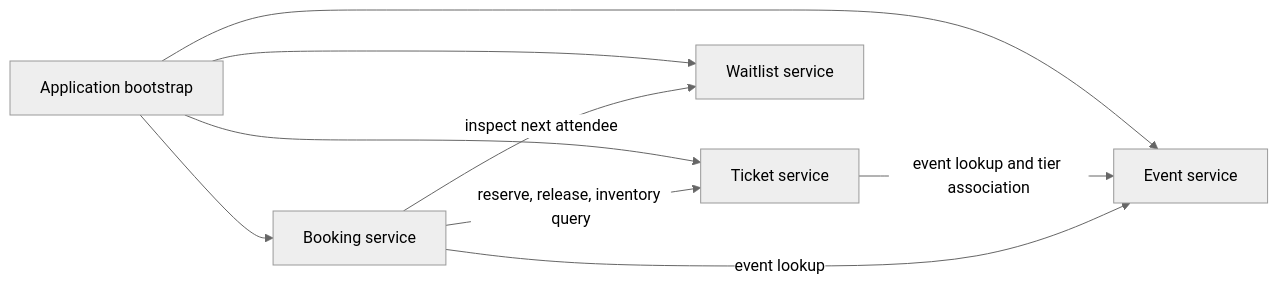
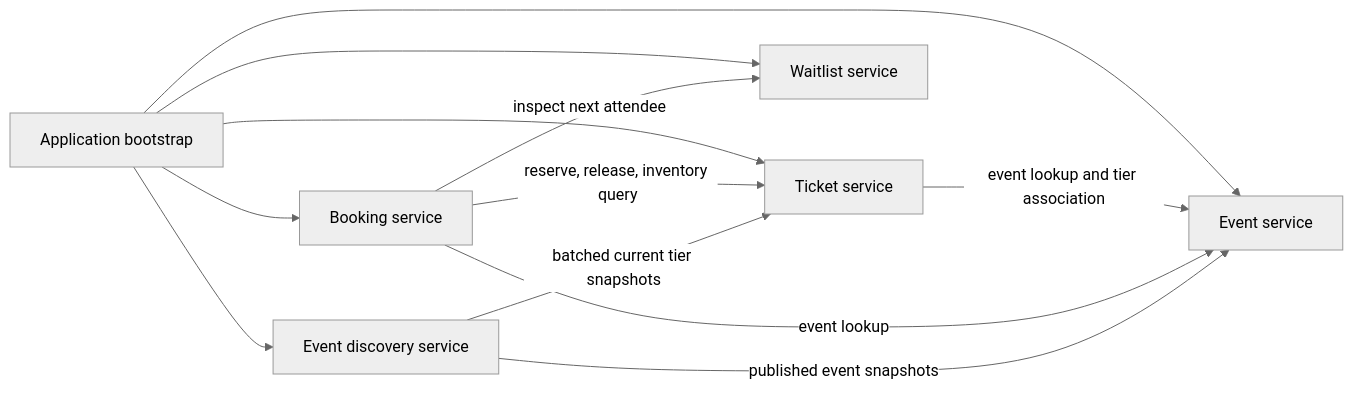
The diagram in docs/architecture.md (samsonjoy025-a11y/event-ticket-booking--das-2026-capstone-project), drawn with Mermaid (neutral theme) before and after one commit. The commit also changed other lines of this file and 27 other files, not shown here.

Commit message:
Build 2: add event discovery and stable sorting

````diff
--- a/docs/architecture.md
+++ b/docs/architecture.md
@@ -5,11 +5,14 @@
 ```mermaid
 flowchart LR
   Bootstrap[Application bootstrap] --> Events[Event service]
   Bootstrap --> Tickets[Ticket service]
   Bootstrap --> Bookings[Booking service]
   Bootstrap --> Waitlists[Waitlist service]
+  Bootstrap --> Discovery[Event discovery service]
   Tickets -->|event lookup and tier association| Events
   Bookings -->|event lookup| Events
   Bookings -->|reserve, release, inventory query| Tickets
   Bookings -->|inspect next attendee| Waitlists
+  Discovery -->|published event snapshots| Events
+  Discovery -->|batched current tier snapshots| Tickets
 ```
````
